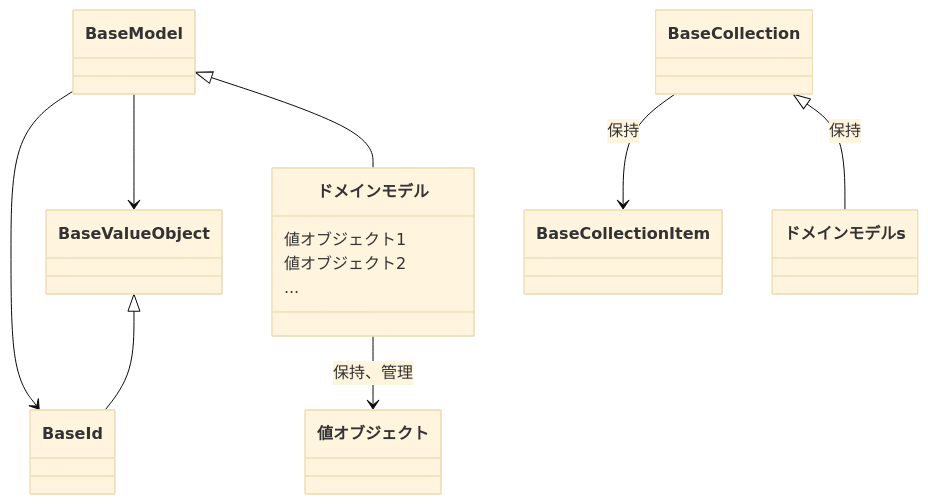
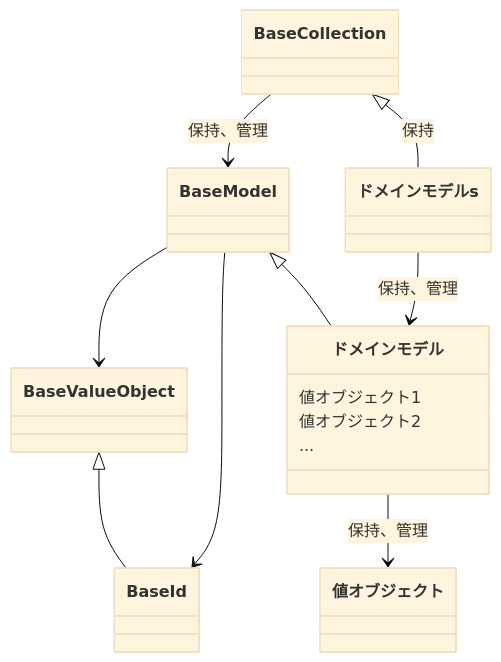
Before and after one commit to shuhei1101/allowance-questboard: the diagram in docs/ja/api/ドメインモデル-domain_model.md, drawn with Mermaid (base theme).

Commit message:
ドメインモデル-domain_model.md を更新

````diff
--- a/docs/ja/api/ドメインモデル-domain_model.md
+++ b/docs/ja/api/ドメインモデル-domain_model.md
@@ -8,45 +8,41 @@
 ```mermaid
 classDiagram
     class BaseValueObject {
       
     }
 
     class BaseId {
       
     }
 
     class BaseModel {
-      
-    }
 
-    class BaseCollectionItem {
-      
     }
 
     class BaseCollection {
       
     }
 
     class ドメインモデル {
       値オブジェクト1
       値オブジェクト2
       ...
     }
 
     class ドメインモデルs {
       
     }
 
     BaseValueObject <|-- BaseId
+
     BaseModel --> BaseId
     BaseModel --> BaseValueObject
 
-    BaseCollection --> BaseCollectionItem: 保持
+    BaseCollection --> BaseModel: 保持、管理
     
-
     BaseModel <|-- ドメインモデル
     ドメインモデル --> 値オブジェクト: 保持、管理
 
     BaseCollection <|-- ドメインモデルs: 保持
-
+    ドメインモデルs --> ドメインモデル: 保持、管理
 ```
````
